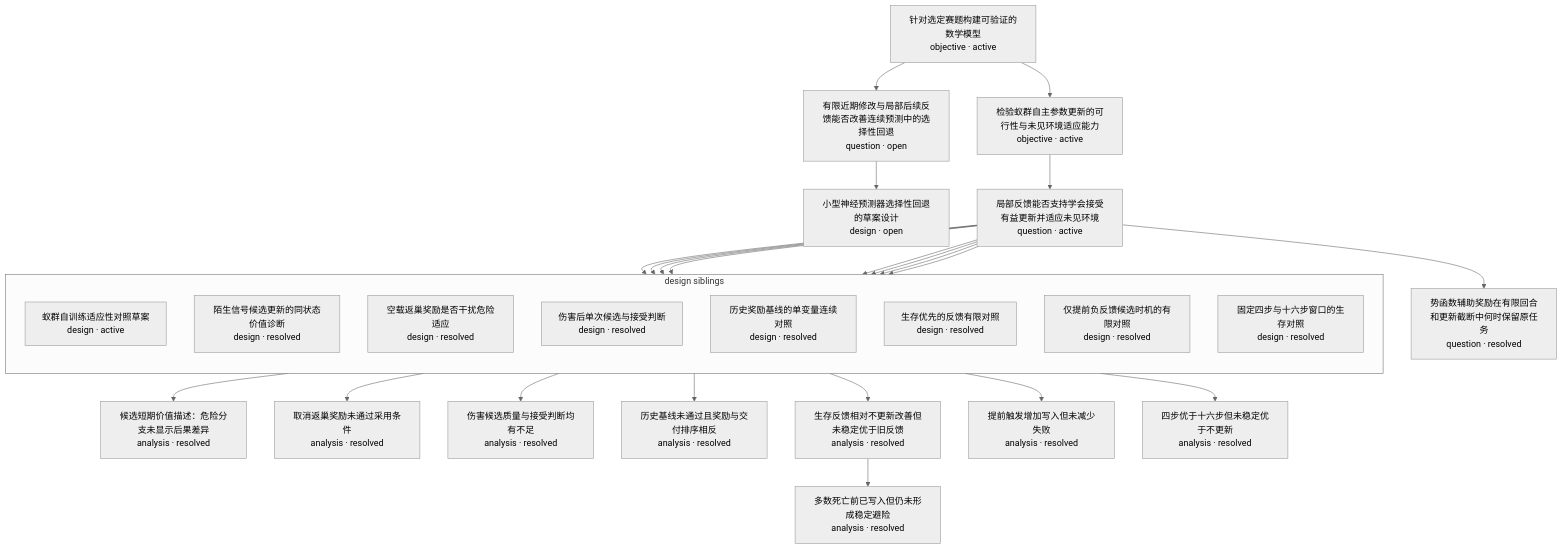
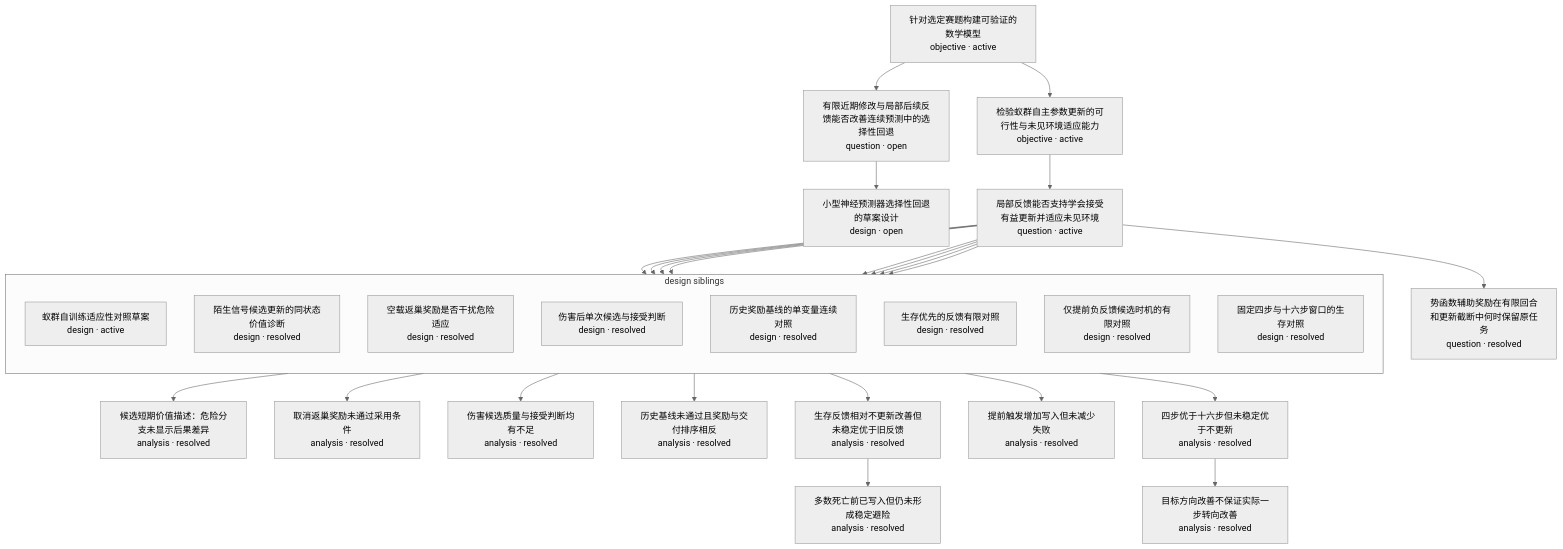
One commit to Akira-TL/Antomony changed the diagram in research-tree/README.md. Above: the diagram before and after it, drawn with Mermaid (neutral theme). The commit also changed other lines of this file and 5 other files, not shown here.

````diff
--- a/research-tree/README.md
+++ b/research-tree/README.md
@@ -5,49 +5,51 @@
 ```mermaid
 flowchart TD
     N1["针对选定赛题构建可验证的数学模型<br/>objective · active"]
     N2["有限近期修改与局部后续反馈能否改善连续预测中的选择性回退<br/>question · open"]
     N3["小型神经预测器选择性回退的草案设计<br/>design · open"]
     N4["检验蚁群自主参数更新的可行性与未见环境适应能力<br/>objective · active"]
     N5["局部反馈能否支持学会接受有益更新并适应未见环境<br/>question · active"]
     N8["候选短期价值描述：危险分支未显示后果差异<br/>analysis · resolved"]
     N10["取消返巢奖励未通过采用条件<br/>analysis · resolved"]
     N12["伤害候选质量与接受判断均有不足<br/>analysis · resolved"]
     N14["历史基线未通过且奖励与交付排序相反<br/>analysis · resolved"]
     N15["势函数辅助奖励在有限回合和更新截断中何时保留原任务<br/>question · resolved"]
     N17["生存反馈相对不更新改善但未稳定优于旧反馈<br/>analysis · resolved"]
     N18["多数死亡前已写入但仍未形成稳定避险<br/>analysis · resolved"]
     N20["提前触发增加写入但未减少失败<br/>analysis · resolved"]
     N22["四步优于十六步但未稳定优于不更新<br/>analysis · resolved"]
+    N23["目标方向改善不保证实际一步转向改善<br/>analysis · resolved"]
     subgraph G5_design["design siblings"]
         direction TB
         N6["蚁群自训练适应性对照草案<br/>design · active"]
         N7["陌生信号候选更新的同状态价值诊断<br/>design · resolved"]
         N9["空载返巢奖励是否干扰危险适应<br/>design · resolved"]
         N11["伤害后单次候选与接受判断<br/>design · resolved"]
         N13["历史奖励基线的单变量连续对照<br/>design · resolved"]
         N16["生存优先的反馈有限对照<br/>design · resolved"]
         N19["仅提前负反馈候选时机的有限对照<br/>design · resolved"]
         N21["固定四步与十六步窗口的生存对照<br/>design · resolved"]
     end
     N1 --> N2
     N2 --> N3
     N1 --> N4
     N4 --> N5
     N5 --> N6
     N5 --> N7
     N7 --> N8
     N5 --> N9
     N9 --> N10
     N5 --> N11
     N11 --> N12
     N5 --> N13
     N13 --> N14
     N5 --> N15
     N5 --> N16
     N16 --> N17
     N17 --> N18
     N5 --> N19
     N19 --> N20
     N5 --> N21
     N21 --> N22
+    N22 --> N23
 ```
````
